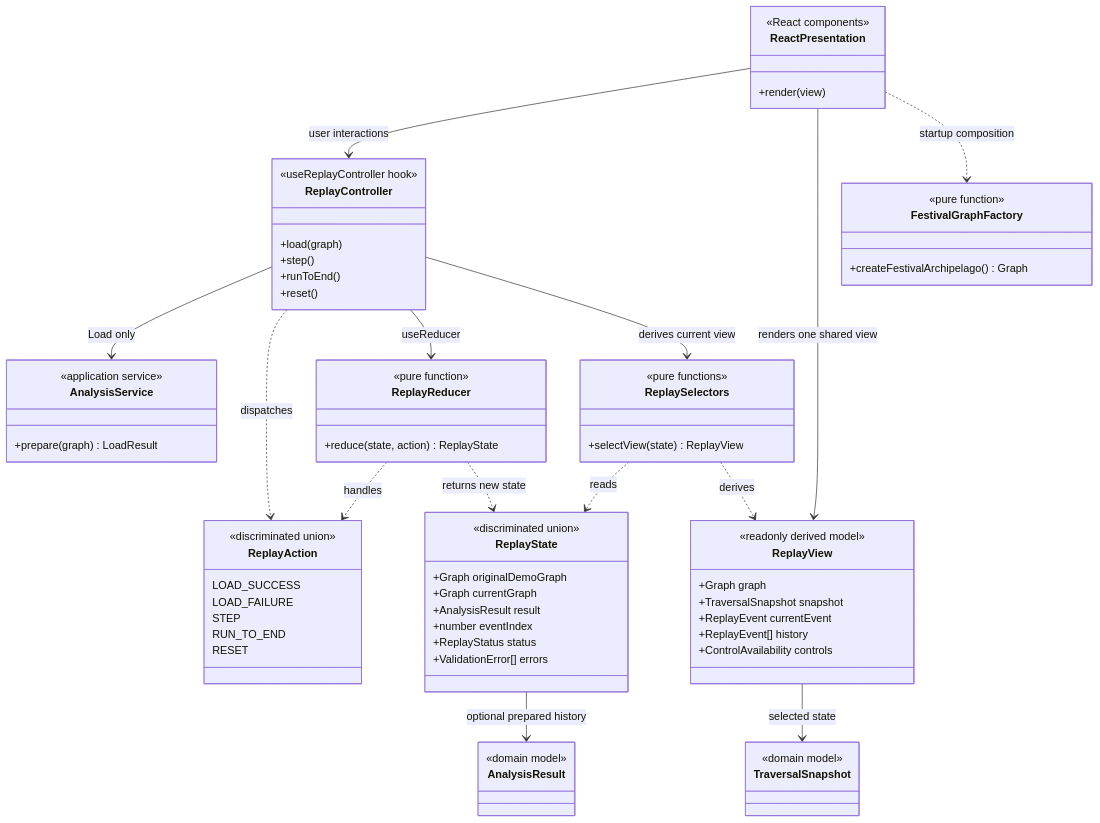
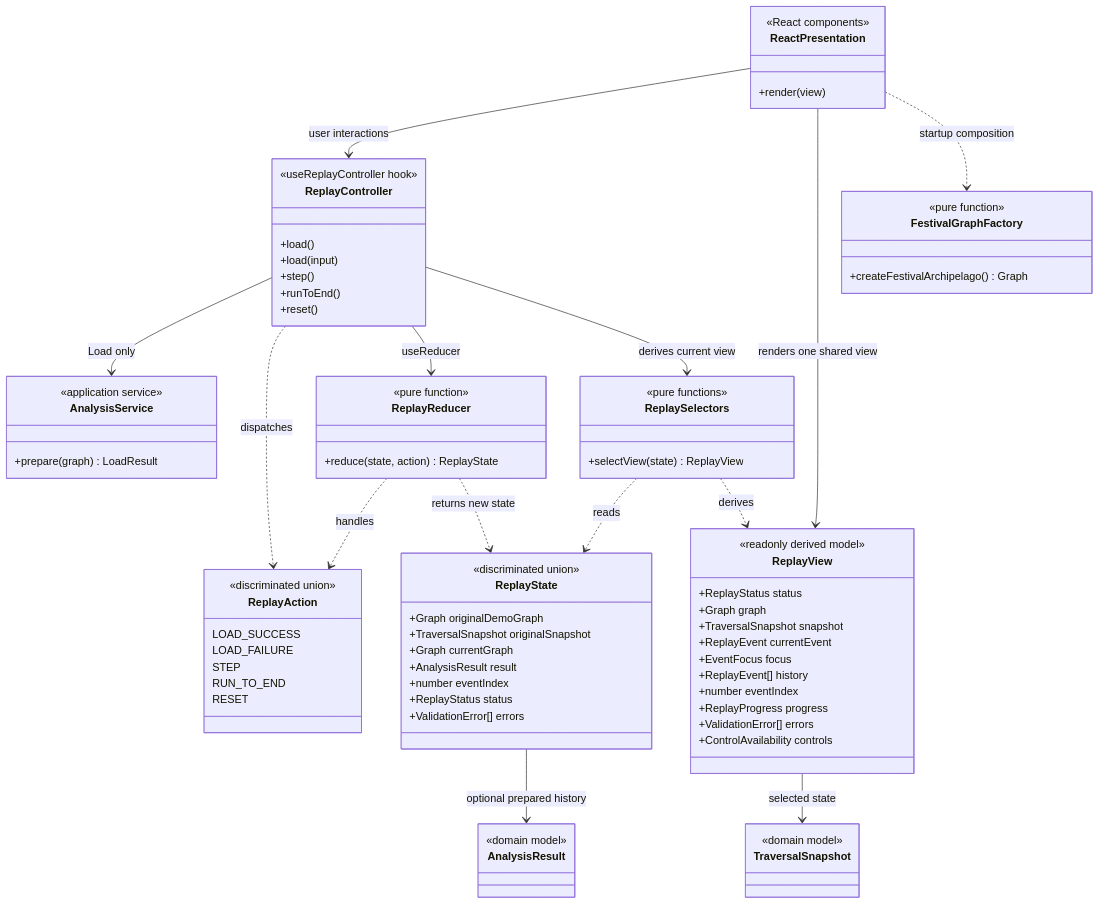
Before and after one commit to sonisiiuu7/treasure-island-map: the diagram in docs/diagrams/class-replay.mmd, drawn with Mermaid. The commit also changed 20 other files, not shown here.

```diff
--- a/docs/diagrams/class-replay.mmd
+++ b/docs/diagrams/class-replay.mmd
@@ -1,75 +1,82 @@
 classDiagram
     direction TB
 
     class ReactPresentation {
         <<React components>>
         +render(view)
     }
     class ReplayController {
         <<useReplayController hook>>
-        +load(graph)
+        +load()
+        +load(input)
         +step()
         +runToEnd()
         +reset()
     }
     class AnalysisService {
         <<application service>>
         +prepare(graph) LoadResult
     }
     class ReplayAction {
         <<discriminated union>>
         LOAD_SUCCESS
         LOAD_FAILURE
         STEP
         RUN_TO_END
         RESET
     }
     class ReplayReducer {
         <<pure function>>
         +reduce(state, action) ReplayState
     }
     class ReplayState {
         <<discriminated union>>
         +Graph originalDemoGraph
+        +TraversalSnapshot originalSnapshot
         +Graph currentGraph
         +AnalysisResult result
         +number eventIndex
         +ReplayStatus status
         +ValidationError[] errors
     }
     class ReplaySelectors {
         <<pure functions>>
         +selectView(state) ReplayView
     }
     class ReplayView {
         <<readonly derived model>>
+        +ReplayStatus status
         +Graph graph
         +TraversalSnapshot snapshot
         +ReplayEvent currentEvent
+        +EventFocus focus
         +ReplayEvent[] history
+        +number eventIndex
+        +ReplayProgress progress
+        +ValidationError[] errors
         +ControlAvailability controls
     }
     class AnalysisResult {
         <<domain model>>
     }
     class TraversalSnapshot {
         <<domain model>>
     }
     class FestivalGraphFactory {
         <<pure function>>
         +createFestivalArchipelago() Graph
     }
 
     ReactPresentation --> ReplayController : user interactions
     ReactPresentation --> ReplayView : renders one shared view
     ReactPresentation ..> FestivalGraphFactory : startup composition
     ReplayController --> AnalysisService : Load only
     ReplayController ..> ReplayAction : dispatches
     ReplayController --> ReplayReducer : useReducer
     ReplayController --> ReplaySelectors : derives current view
     ReplayReducer ..> ReplayAction : handles
     ReplayReducer ..> ReplayState : returns new state
     ReplayState --> AnalysisResult : optional prepared history
     ReplaySelectors ..> ReplayState : reads
     ReplaySelectors ..> ReplayView : derives
     ReplayView --> TraversalSnapshot : selected state
```
